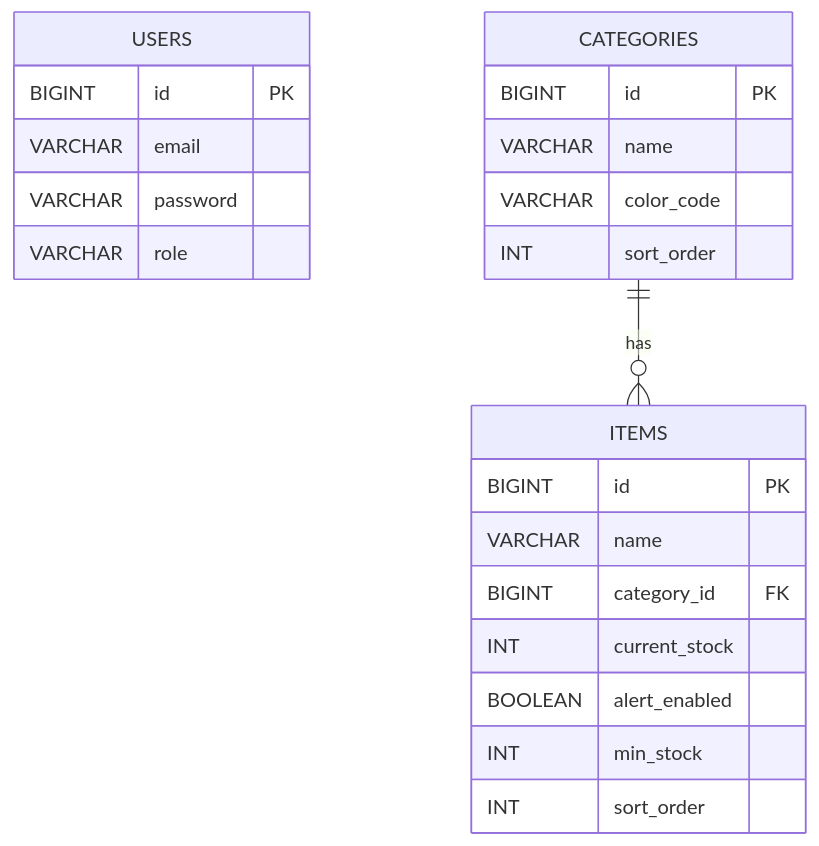
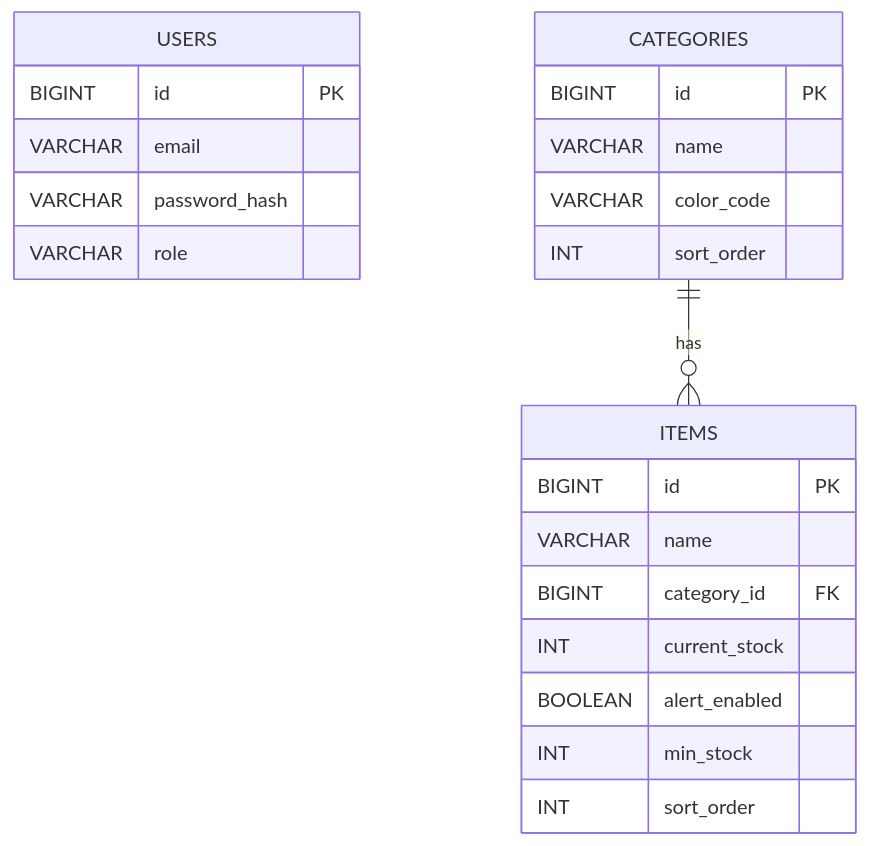
Before and after one commit to jykior/inventory-app: the diagram in README.md, drawn with Mermaid. The commit also changed other lines of this file and 10 other files, not shown here.

````diff
--- a/README.md
+++ b/README.md
@@ -156,28 +224,28 @@
 ```mermaid
 erDiagram
 USERS {
 BIGINT id PK
 VARCHAR email
-VARCHAR password
+VARCHAR password_hash
 VARCHAR role
 }
 
 CATEGORIES {
 BIGINT id PK
 VARCHAR name
 VARCHAR color_code
 INT sort_order
 }
 
 ITEMS {
 BIGINT id PK
 VARCHAR name
 BIGINT category_id FK
 INT current_stock
 BOOLEAN alert_enabled
 INT min_stock
 INT sort_order
 }
 
 CATEGORIES ||--o{ ITEMS : "has"
 ```
````
